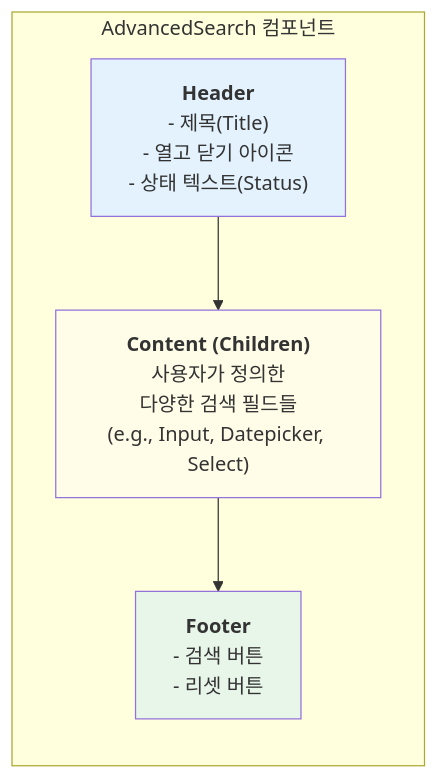
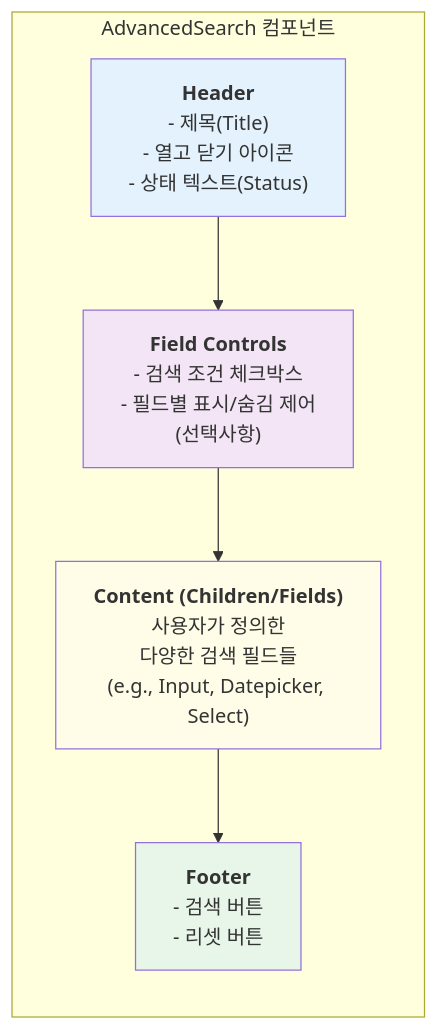
One commit to webcodur/next-temp changed the first of 4 diagrams in src/components/ui/ui-input/advanced-search/advanced-search.md. Above: the diagram before and after it, drawn with Mermaid. The commit also changed other lines of this file and 16 other files, not shown here.

````diff
--- a/src/components/ui/ui-input/advanced-search/advanced-search.md
+++ b/src/components/ui/ui-input/advanced-search/advanced-search.md
@@ -9,14 +9,16 @@
 ```mermaid
 graph TD
     subgraph "AdvancedSearch 컴포넌트"
         direction TB
         Header["<b>Header</b><br/>- 제목(Title)<br/>- 열고 닫기 아이콘<br/>- 상태 텍스트(Status)"]
-        Content["<b>Content (Children)</b><br/>사용자가 정의한<br/>다양한 검색 필드들<br/>(e.g., Input, Datepicker, Select)"]
+        FieldControls["<b>Field Controls</b><br/>- 검색 조건 체크박스<br/>- 필드별 표시/숨김 제어<br/>(선택사항)"]
+        Content["<b>Content (Children/Fields)</b><br/>사용자가 정의한<br/>다양한 검색 필드들<br/>(e.g., Input, Datepicker, Select)"]
         Footer["<b>Footer</b><br/>- 검색 버튼<br/>- 리셋 버튼"]
     end
-    Header --> Content --> Footer
+    Header --> FieldControls --> Content --> Footer
 
     style Header fill:#e3f2fd
+    style FieldControls fill:#f3e5f5
     style Content fill:#fffde7
     style Footer fill:#e8f5e9
 ```
````
